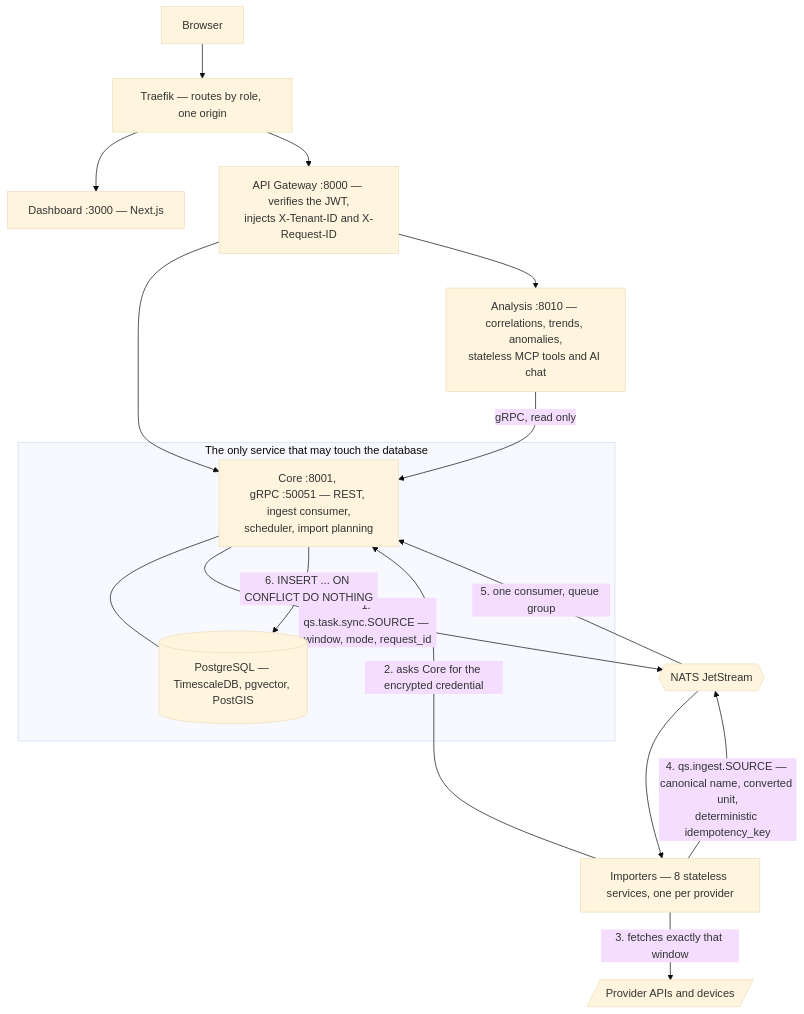
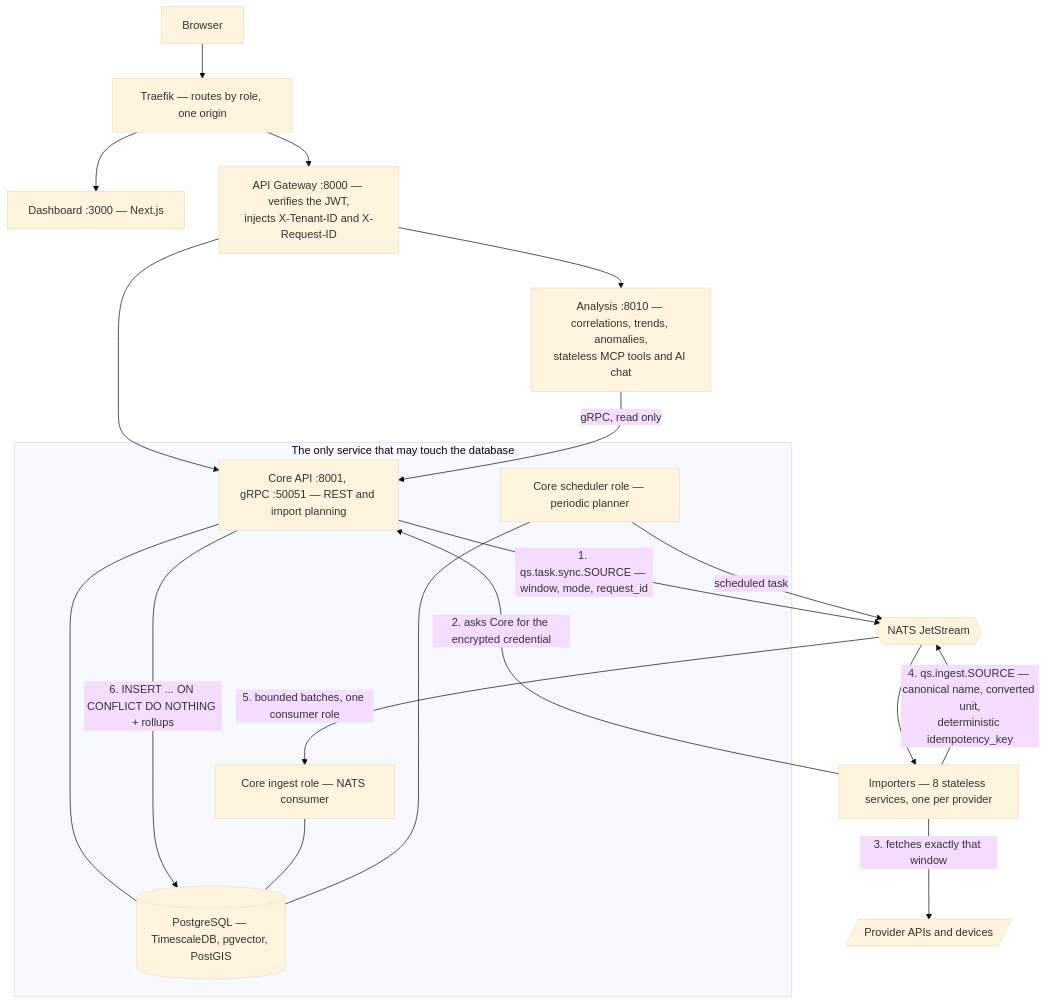
The diagram in docs/architecture.md (iamTim0/quantified-self), drawn with Mermaid (base theme) before and after one commit. The commit also changed other lines of this file and 159 other files, not shown here.

````diff
--- a/docs/architecture.md
+++ b/docs/architecture.md
@@ -9,32 +9,37 @@
 ```mermaid
 flowchart TB
     browser["Browser"]
     traefik["Traefik&nbsp;&mdash; routes by role, one origin"]
     ui["Dashboard&nbsp;:3000&nbsp;&mdash; Next.js"]
     gateway["API Gateway&nbsp;:8000&nbsp;&mdash; verifies the JWT,<br/>injects X-Tenant-ID and X-Request-ID"]
     analysis["Analysis&nbsp;:8010&nbsp;&mdash; correlations, trends, anomalies,<br/>stateless MCP tools and AI chat"]
     bus{{"NATS JetStream"}}
     importers["Importers&nbsp;&mdash; 8 stateless services, one per provider"]
     providers[/"Provider APIs and devices"/]
 
     subgraph owner["The only service that may touch the database"]
-        core["Core&nbsp;:8001, gRPC&nbsp;:50051&nbsp;&mdash; REST, ingest consumer,<br/>scheduler, import planning"]
+        core["Core API&nbsp;:8001, gRPC&nbsp;:50051&nbsp;&mdash; REST and import planning"]
+        core_ingest["Core ingest role&nbsp;&mdash; NATS consumer"]
+        core_scheduler["Core scheduler role&nbsp;&mdash; periodic planner"]
         db[("PostgreSQL&nbsp;&mdash; TimescaleDB, pgvector, PostGIS")]
     end
 
     browser --> traefik
     traefik --> ui
     traefik --> gateway
     gateway --> core
     gateway --> analysis
     analysis -->|"gRPC, read only"| core
     core --- db
 
     core -->|"1. qs.task.sync.SOURCE&nbsp;&mdash; window, mode, request_id"| bus
+    core_scheduler -->|"scheduled task"| bus
     bus --> importers
     importers -->|"2. asks Core for the encrypted credential"| core
     importers -->|"3. fetches exactly that window"| providers
     importers -->|"4. qs.ingest.SOURCE&nbsp;&mdash; canonical name, converted unit,<br/>deterministic idempotency_key"| bus
-    bus -->|"5. one consumer, queue group"| core
-    core -->|"6. INSERT ... ON CONFLICT DO NOTHING"| db
+    bus -->|"5. bounded batches, one consumer role"| core_ingest
+    core -->|"6. INSERT ... ON CONFLICT DO NOTHING + rollups"| db
+    core_ingest --- db
+    core_scheduler --- db
 ```
````
